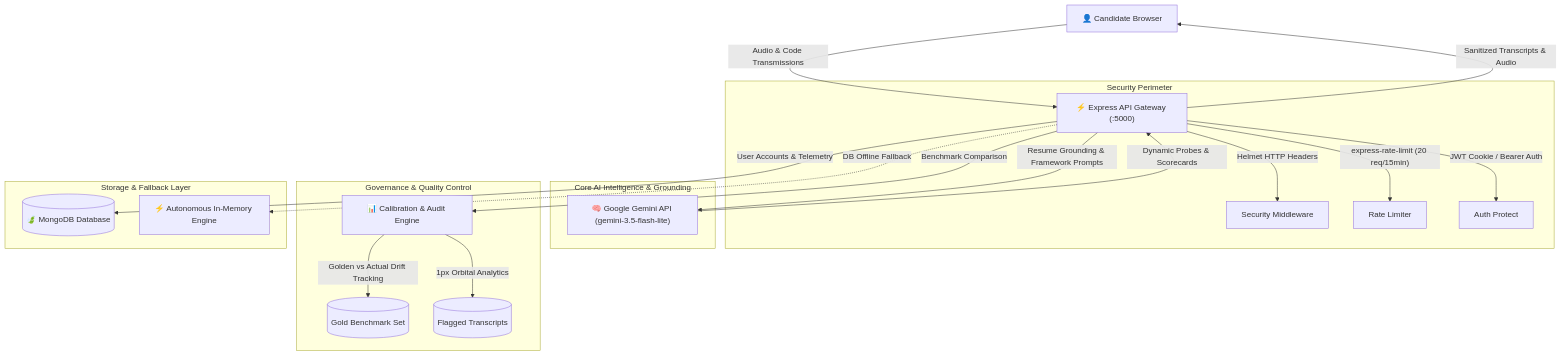
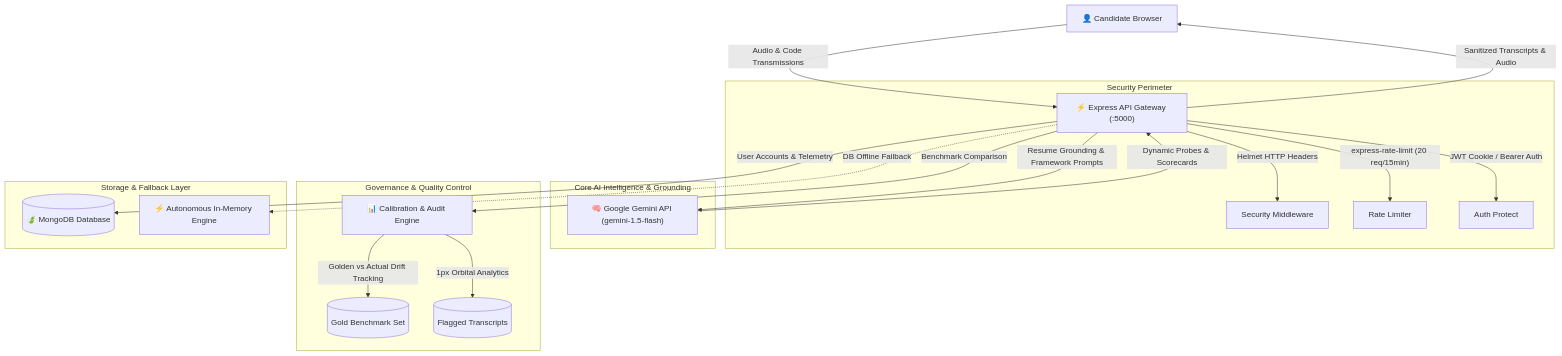
The diagram in ai interview trainer/README.md (Sayan-stg/hire-ready), drawn with Mermaid before and after one commit. The commit also changed other lines of this file and 1 other file, not shown here.

Commit message:
docs: update Live Demo badge to hire-ready-d5hg.onrender.com, fix Gemini model to gemini-1.5-flash, add Render deployment guide and Live Deployments table

````diff
--- a/ai interview trainer/README.md
+++ b/ai interview trainer/README.md
@@ -216,28 +229,28 @@
 ```mermaid
 graph TD
     User["👤 Candidate Browser"] -->|"Audio & Code Transmissions"| Gateway["⚡ Express API Gateway (:5000)"]
     
     subgraph Security Perimeter
         Gateway -->|"Helmet HTTP Headers"| Sec1["Security Middleware"]
         Gateway -->|"express-rate-limit (20 req/15min)"| Sec2["Rate Limiter"]
         Gateway -->|"JWT Cookie / Bearer Auth"| Sec3["Auth Protect"]
     end
 
     subgraph Core AI Intelligence & Grounding
-        Gateway -->|"Resume Grounding & Framework Prompts"| Gemini["🧠 Google Gemini API (gemini-3.5-flash-lite)"]
+        Gateway -->|"Resume Grounding & Framework Prompts"| Gemini["🧠 Google Gemini API (gemini-1.5-flash)"]
         Gemini -->|"Dynamic Probes & Scorecards"| Gateway
     end
 
     subgraph Governance & Quality Control
         Gateway -->|"Benchmark Comparison"| Admin["📊 Calibration & Audit Engine"]
         Admin -->|"Golden vs Actual Drift Tracking"| Calib[("Gold Benchmark Set")]
         Admin -->|"1px Orbital Analytics"| Flagged[("Flagged Transcripts")]
     end
 
     subgraph Storage & Fallback Layer
         Gateway -->|"User Accounts & Telemetry"| Mongo[("🍃 MongoDB Database")]
         Gateway -.->|"DB Offline Fallback"| InMem["⚡ Autonomous In-Memory Engine"]
     end
 
     Gateway -->|"Sanitized Transcripts & Audio"| User
 ```
````
